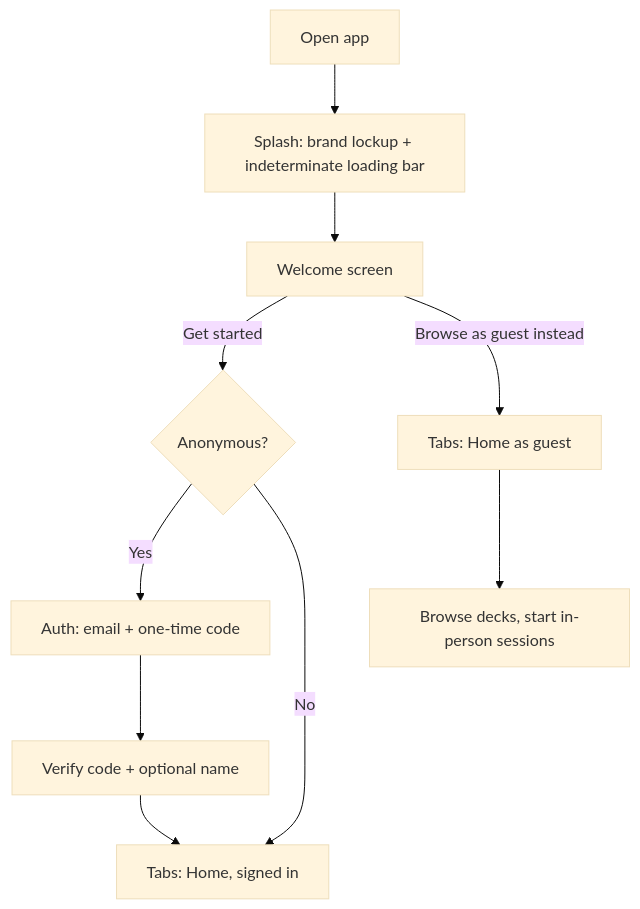
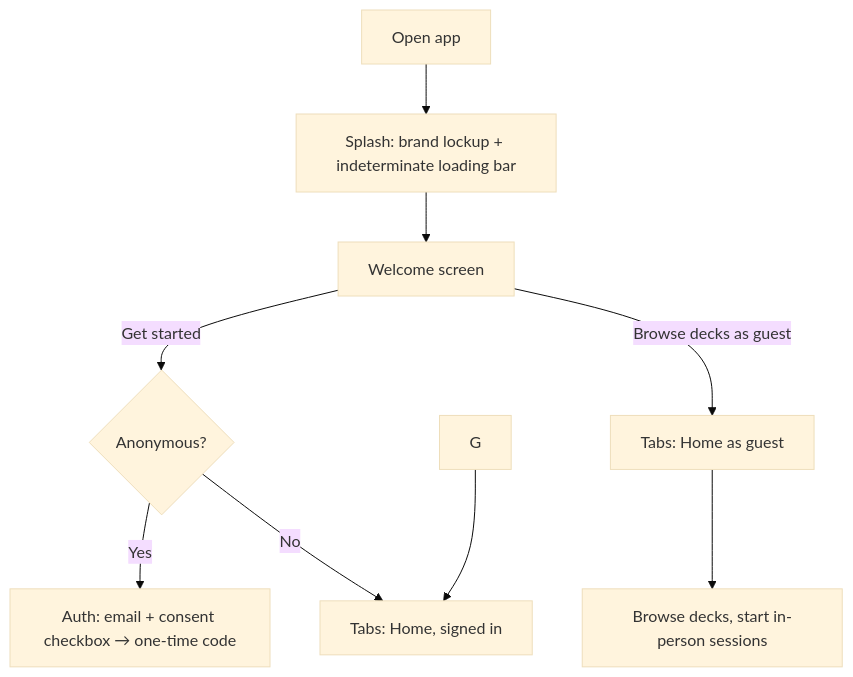
Before and after one commit to QuayeDNA/chale: the first of 5 diagrams in docs/04-user-flows.md, drawn with Mermaid (base theme). The commit also changed other lines of this file and 6 other files, not shown here.

````diff
--- a/docs/04-user-flows.md
+++ b/docs/04-user-flows.md
@@ -12,12 +12,11 @@
 ```mermaid
 flowchart TD
     A[Open app] --> B[Splash: brand lockup + indeterminate loading bar]
     B --> C[Welcome screen]
     C -->|Get started| D{Anonymous?}
-    C -->|Browse as guest instead| E[Tabs: Home as guest]
-    D -->|Yes| F[Auth: email + one-time code]
+    C -->|Browse decks as guest| E[Tabs: Home as guest]
+    D -->|Yes| F[Auth: email + consent checkbox → one-time code]
     D -->|No| E2[Tabs: Home, signed in]
-    F --> G[Verify code + optional name]
     G --> E2
     E --> H[Browse decks, start in-person sessions]
 ```
````
